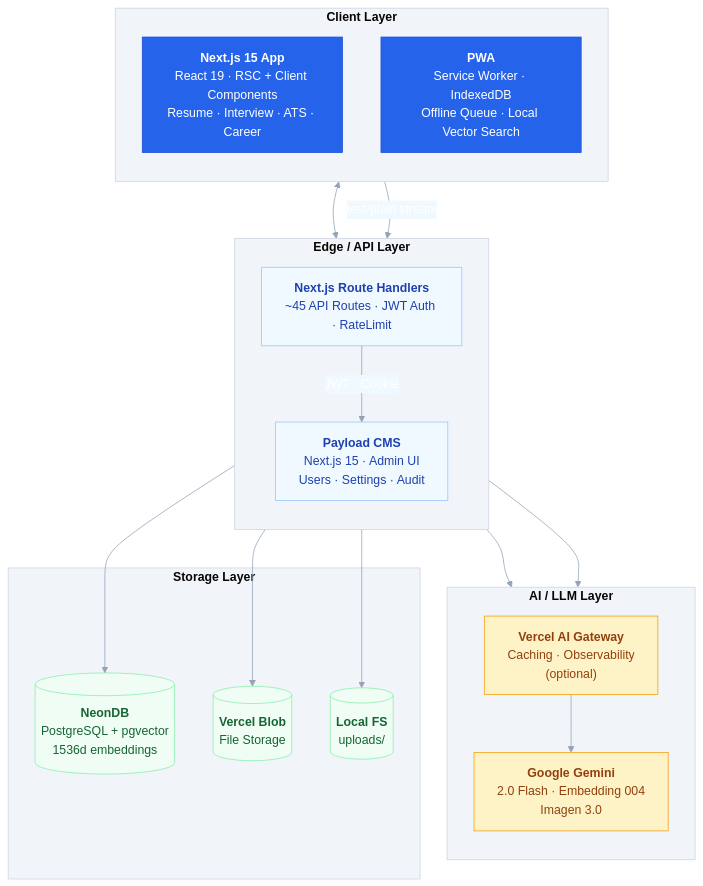
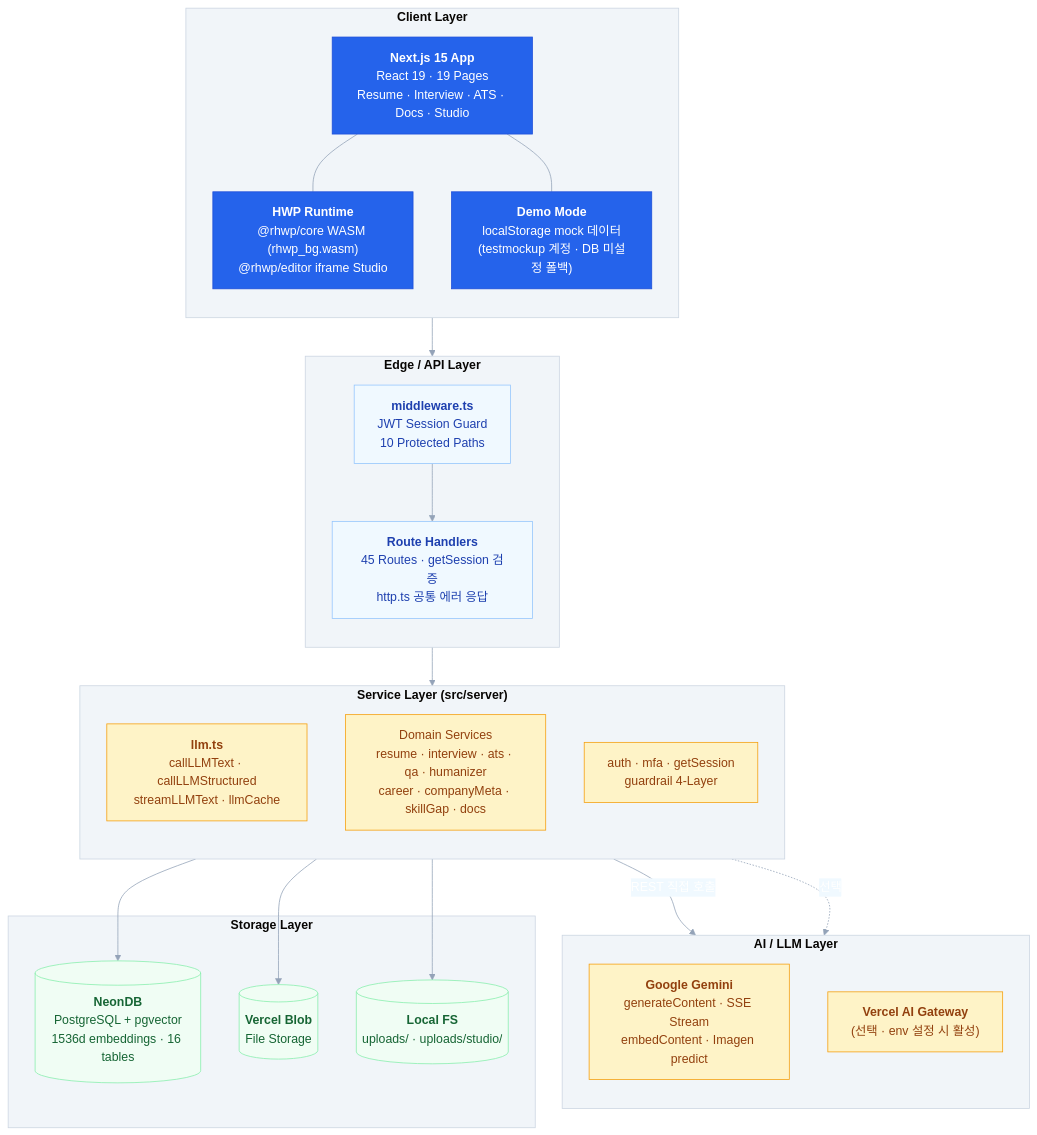
One commit to teamKairosdev/Kairos changed the first of 4 diagrams in README.md. Above: the diagram before and after it, drawn with Mermaid. The commit also changed other lines of this file and 1 other file, not shown here.

Commit message:
docs: README 전면 개편 — 실제 코드 현황 기준으로 재작성 (Payload/PWA/vectra 등 제거 반영, Mermaid 5종 갱신, HWP/Demo/Auth/Deploy 섹션 추가)

````diff
--- a/README.md
+++ b/README.md
@@ -11,46 +16,55 @@
 ```mermaid
 %%{init: {'theme':'base', 'themeVariables': { 'primaryColor': '#2563eb', 'primaryTextColor': '#fff', 'primaryBorderColor': '#1d4ed8', 'lineColor': '#94a3b8', 'secondaryColor': '#f0f9ff', 'tertiaryColor': '#f8fafc', 'clusterBkg': '#f1f5f9', 'clusterBorder': '#cbd5e1', 'nodeBorder': '#475569', 'nodeTextColor': '#1e293b'}}}%%
 flowchart TB
     subgraph Client["<b>Client Layer</b>"]
         direction TB
-        NEXT["<b>Next.js 15 App</b><br/>React 19 · RSC + Client Components<br/>Resume · Interview · ATS · Career"]
-        PWA["<b>PWA</b><br/>Service Worker · IndexedDB<br/>Offline Queue · Local Vector Search"]
+        NEXT["<b>Next.js 15 App</b><br/>React 19 · 19 Pages<br/>Resume · Interview · ATS · Docs · Studio"]
+        HWP["<b>HWP Runtime</b><br/>@rhwp/core WASM (rhwp_bg.wasm)<br/>@rhwp/editor iframe Studio"]
+        DEMO["<b>Demo Mode</b><br/>localStorage mock 데이터<br/>(testmockup 계정 · DB 미설정 폴백)"]
     end
 
     subgraph Edge["<b>Edge / API Layer</b>"]
         direction TB
-        API["<b>Next.js Route Handlers</b><br/>~45 API Routes · JWT Auth · RateLimit"]
-        PAYLOAD["<b>Payload CMS</b><br/>Next.js 15 · Admin UI<br/>Users · Settings · Audit"]
+        MW["<b>middleware.ts</b><br/>JWT Session Guard<br/>10 Protected Paths"]
+        API["<b>Route Handlers</b><br/>45 Routes · getSession 검증<br/>http.ts 공통 에러 응답"]
+    end
+
+    subgraph Services["<b>Service Layer (src/server)</b>"]
+        direction TB
+        LLM_SVC["<b>llm.ts</b><br/>callLLMText · callLLMStructured<br/>streamLLMText · llmCache"]
+        DOMAIN["Domain Services<br/>resume · interview · ats · qa · humanizer<br/>career · companyMeta · skillGap · docs"]
+        AUTH_SVC["auth · mfa · getSession<br/>guardrail 4-Layer"]
     end
 
     subgraph AI["<b>AI / LLM Layer</b>"]
         direction TB
-        GEMINI["<b>Google Gemini</b><br/>2.0 Flash · Embedding 004<br/>Imagen 3.0"]
-        GATEWAY["<b>Vercel AI Gateway</b><br/>Caching · Observability<br/>(optional)"]
+        GEMINI["<b>Google Gemini</b><br/>generateContent · SSE Stream<br/>embedContent · Imagen predict"]
+        GATEWAY["<b>Vercel AI Gateway</b><br/>(선택 · env 설정 시 활성)"]
     end
 
     subgraph Storage["<b>Storage Layer</b>"]
-        NEON[("<b>NeonDB</b><br/>PostgreSQL + pgvector<br/>1536d embeddings")]
+        NEON[("<b>NeonDB</b><br/>PostgreSQL + pgvector<br/>1536d embeddings · 16 tables")]
         BLOB[("<b>Vercel Blob</b><br/>File Storage")]
-        LOCAL[("<b>Local FS</b><br/>uploads/")]
+        LOCAL[("<b>Local FS</b><br/>uploads/ · uploads/studio/")]
     end
 
-    NEXT <--> API
-    API -->|"JWT · Cookie"| PAYLOAD
-    API --> GEMINI
-    API --> GATEWAY
-    GATEWAY --> GEMINI
-    API --> NEON
-    API --> BLOB
-    API --> LOCAL
-    NEXT -->|"text/plain stream"| API
+    NEXT --> MW
+    MW --> API
+    API --> Services
+    LLM_SVC -->|"REST 직접 호출"| GEMINI
+    LLM_SVC -.->|"선택"| GATEWAY
+    Services --> NEON
+    Services --> BLOB
+    Services --> LOCAL
+    NEXT --- HWP
+    NEXT --- DEMO
 
     classDef primary fill:#2563eb,color:#fff,stroke:#1d4ed8
     classDef secondary fill:#f0f9ff,stroke:#93c5fd,color:#1e40af
     classDef accent fill:#fef3c7,stroke:#f59e0b,color:#92400e
     classDef storage fill:#f0fdf4,stroke:#86efac,color:#166534
-    class NEXT,PWA primary
-    class API,PAYLOAD secondary
-    class GEMINI,GATEWAY accent
+    class NEXT,HWP,DEMO primary
+    class MW,API secondary
+    class LLM_SVC,DOMAIN,AUTH_SVC,GEMINI,GATEWAY accent
     class NEON,BLOB,LOCAL storage
 ```
````
